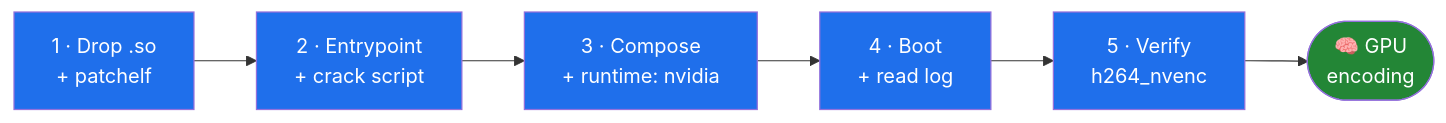
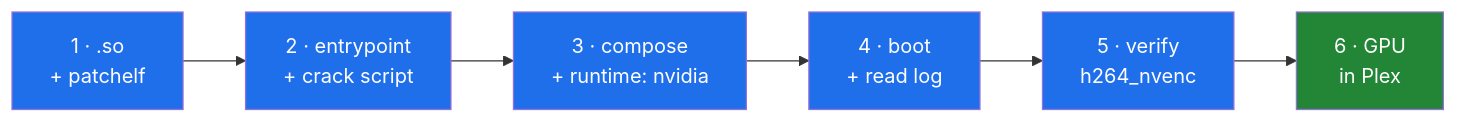
One commit to bpawnzZ/plexmediaserver-crack changed the diagram in README.md. Above: the diagram before and after it, drawn with Mermaid. The commit also changed other lines of this file and 2 other files, not shown here.

````diff
--- a/README.md
+++ b/README.md
@@ -167,14 +165,14 @@
 ```mermaid
 flowchart LR
-    A["1 · Drop .so<br/>+ patchelf"] --> B["2 · Entrypoint<br/>+ crack script"]
-    B --> C["3 · Compose<br/>+ runtime: nvidia"]
-    C --> D["4 · Boot<br/>+ read log"]
-    D --> E["5 · Verify<br/>h264_nvenc"]
-    E --> F(["🧠 GPU<br/>encoding"])
+    A["1 · .so<br/>+ patchelf"] --> B["2 · entrypoint<br/>+ crack script"]
+    B --> C["3 · compose<br/>+ runtime: nvidia"]
+    C --> D["4 · boot<br/>+ read log"]
+    D --> E["5 · verify<br/>h264_nvenc"]
+    E --> F["6 · GPU<br/>in Plex"]
     style A fill:#1f6feb,color:#fff
     style B fill:#1f6feb,color:#fff
     style C fill:#1f6feb,color:#fff
     style D fill:#1f6feb,color:#fff
     style E fill:#1f6feb,color:#fff
     style F fill:#238636,color:#fff
 ```
````
